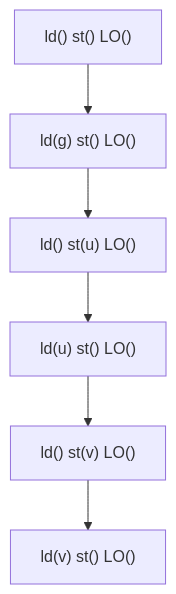
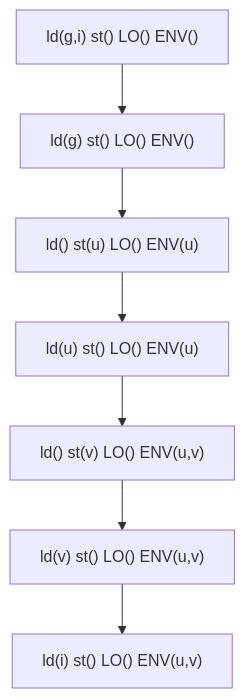
Before and after one commit to Yosshi999/ARCGolfVisualizer: the second of 5 diagrams in zlib_optimizer/graph.md, drawn with Mermaid. The commit also changed other lines of this file and 1 other file, not shown here.

````diff
--- a/zlib_optimizer/graph.md
+++ b/zlib_optimizer/graph.md
@@ -23,14 +24,16 @@
 ```mermaid
 graph TB
-  N2209906866256["ld() st() LO()"]
-  N2209906866256 --> N2209906864080
-  N2209906864080["ld(g) st() LO()"]
-  N2209906864080 --> N2209906866704
-  N2209906866704["ld() st(u) LO()"]
-  N2209906866704 --> N2209906867024
-  N2209906867024["ld(u) st() LO()"]
-  N2209906867024 --> N2209906903376
-  N2209906903376["ld() st(v) LO()"]
-  N2209906903376 --> N2209906904464
-  N2209906904464["ld(v) st() LO()"]
+  N1886106501392["ld(g,i) st() LO() ENV()"]
+  N1886106501392 --> N1886106508560
+  N1886106508560["ld(g) st() LO() ENV()"]
+  N1886106508560 --> N1886106504336
+  N1886106504336["ld() st(u) LO() ENV(u)"]
+  N1886106504336 --> N1886106504208
+  N1886106504208["ld(u) st() LO() ENV(u)"]
+  N1886106504208 --> N1886106506064
+  N1886106506064["ld() st(v) LO() ENV(u,v)"]
+  N1886106506064 --> N1886106504144
+  N1886106504144["ld(v) st() LO() ENV(u,v)"]
+  N1886106504144 --> N1886106506128
+  N1886106506128["ld(i) st() LO() ENV(u,v)"]
 ```
````
